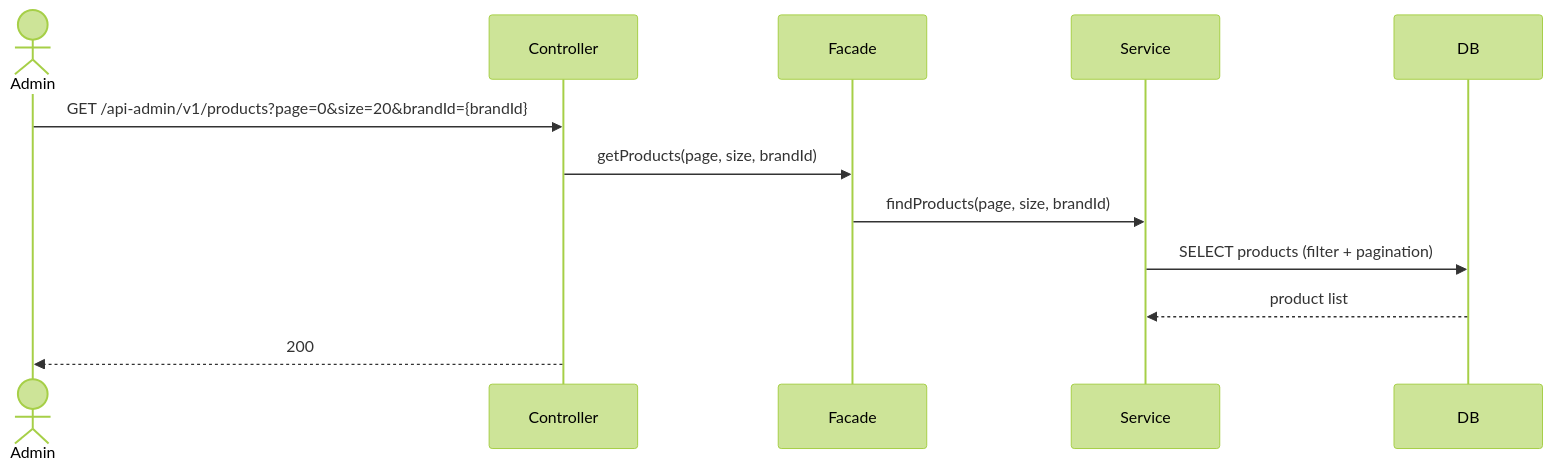
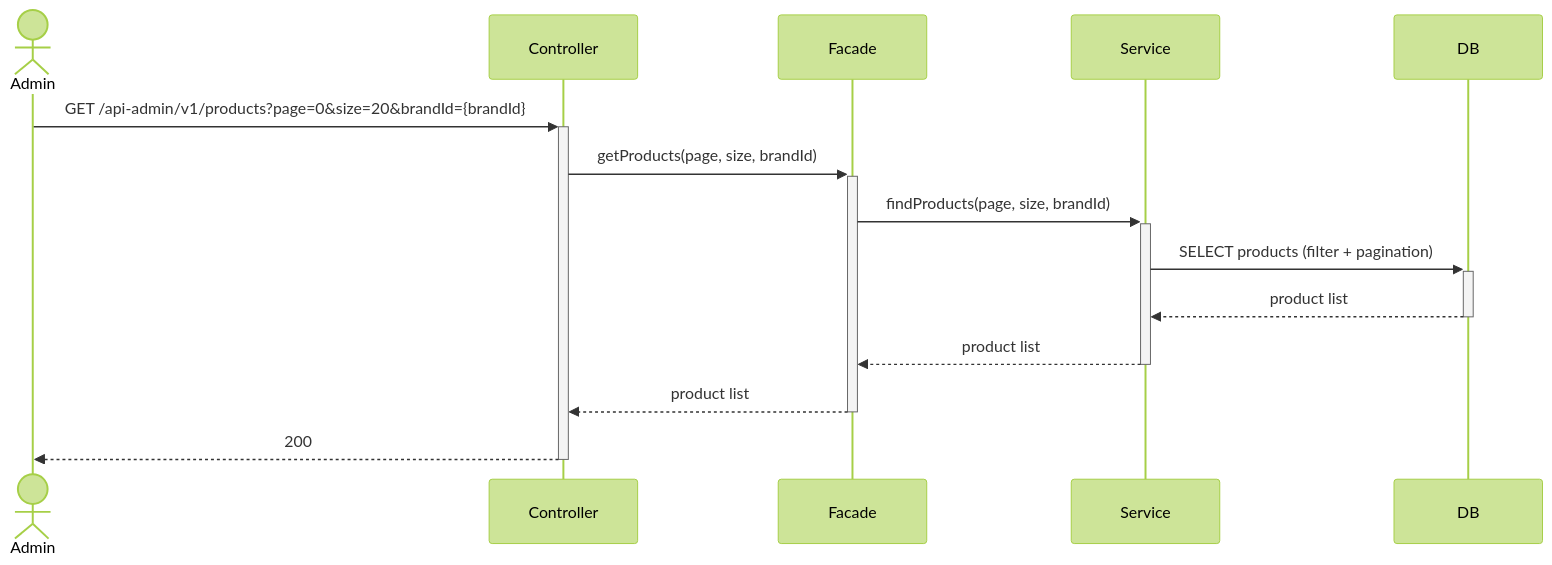
One commit to loopers-labs/loop-pack-be-l2-vol4-java changed diagram 16 of 21 in .docs/design/02-sequence-diagrams.md. Above: the diagram before and after it, drawn with Mermaid (forest theme). The commit also changed other lines of this file, not shown here.

Commit message:
docs: 시퀀스 다이어그램 수정

````diff
--- a/.docs/design/02-sequence-diagrams.md
+++ b/.docs/design/02-sequence-diagrams.md
@@ -430,15 +488,17 @@
 ```mermaid
 sequenceDiagram
     actor Admin
     participant Controller
     participant Facade
     participant Service
     participant DB
 
-    Admin->>Controller: GET /api-admin/v1/products?page=0&size=20&brandId={brandId}
-    Controller->>Facade: getProducts(page, size, brandId)
-    Facade->>Service: findProducts(page, size, brandId)
-    Service->>DB: SELECT products (filter + pagination)
-    DB-->>Service: product list
-    Controller-->>Admin: 200
+    Admin->>+Controller: GET /api-admin/v1/products?page=0&size=20&brandId={brandId}
+    Controller->>+Facade: getProducts(page, size, brandId)
+    Facade->>+Service: findProducts(page, size, brandId)
+    Service->>+DB: SELECT products (filter + pagination)
+    DB-->>-Service: product list
+    Service-->>-Facade: product list
+    Facade-->>-Controller: product list
+    Controller-->>-Admin: 200
 ```
````
